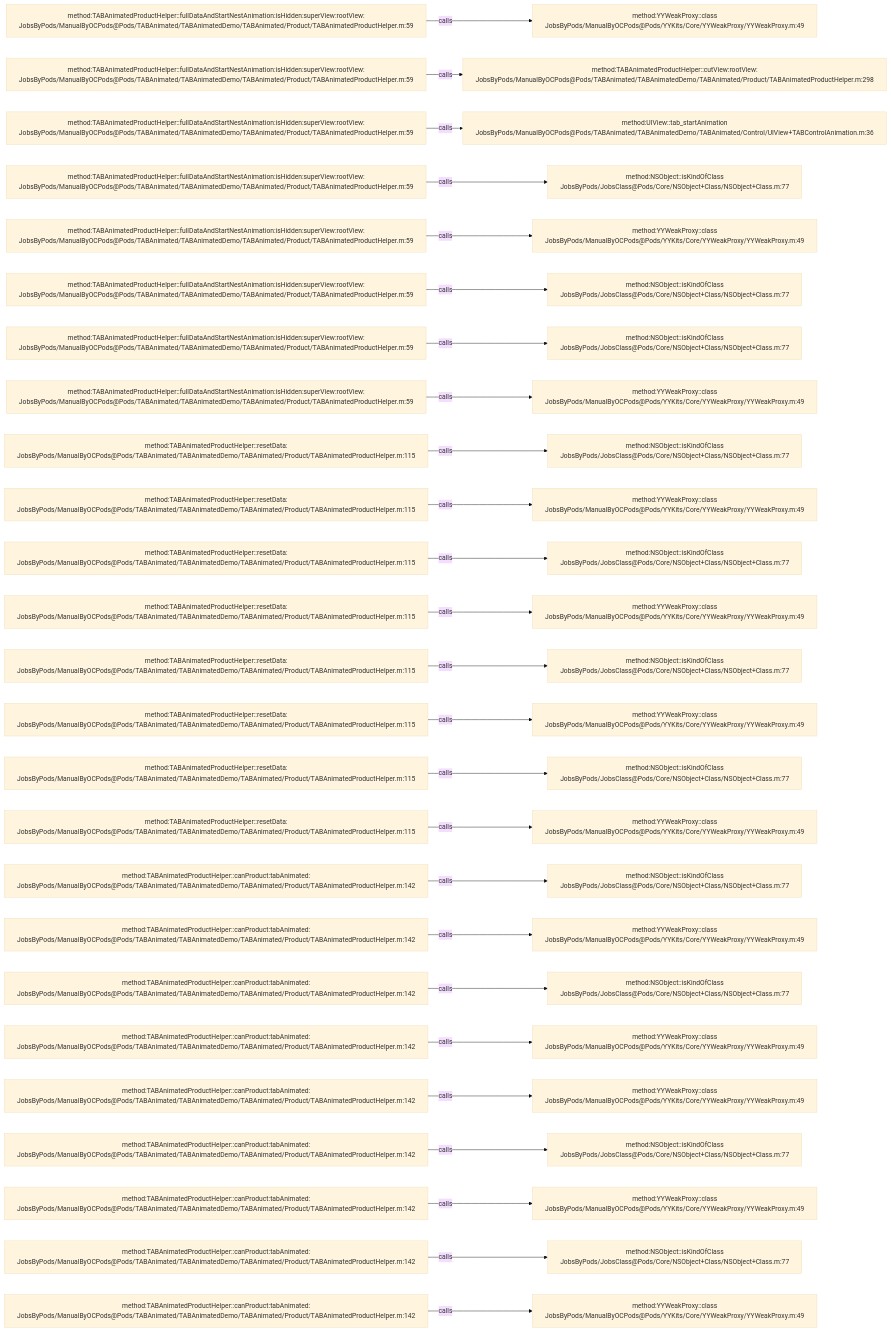
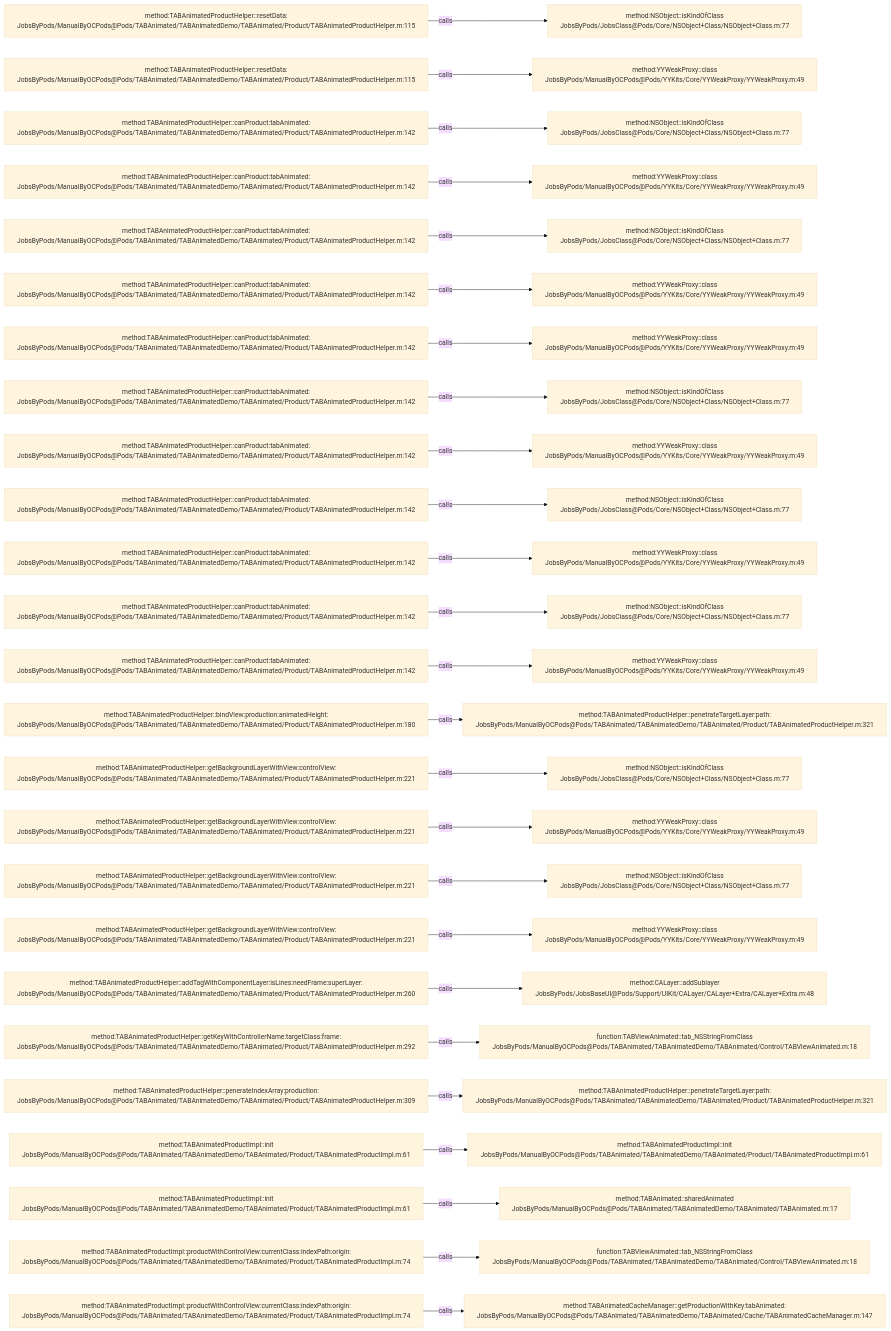
The diagram in .codegraph/codegraph.md/graphs/calls-035.md (JobsKits/JobsOCBaseConfigDemo), drawn with Mermaid (base theme) before and after one commit. The commit also changed 296 other files, not shown here.

````diff
--- a/.codegraph/codegraph.md/graphs/calls-035.md
+++ b/.codegraph/codegraph.md/graphs/calls-035.md
@@ -13,78 +13,78 @@
 ```mermaid
 flowchart LR
-  S1["method:TABAnimatedProductHelper::fullDataAndStartNestAnimation:isHidden:superView:rootView:<br/>JobsByPods/ManualByOCPods@Pods/TABAnimated/TABAnimatedDemo/TABAnimated/Product/TABAnimatedProductHelper.m:59"]
-  T1["method:YYWeakProxy::class<br/>JobsByPods/ManualByOCPods@Pods/YYKits/Core/YYWeakProxy/YYWeakProxy.m:49"]
+  S1["method:TABAnimatedProductHelper::resetData:<br/>JobsByPods/ManualByOCPods@Pods/TABAnimated/TABAnimatedDemo/TABAnimated/Product/TABAnimatedProductHelper.m:115"]
+  T1["method:NSObject::isKindOfClass<br/>JobsByPods/JobsClass@Pods/Core/NSObject+Class/NSObject+Class.m:77"]
   S1 -->|calls| T1
-  S2["method:TABAnimatedProductHelper::fullDataAndStartNestAnimation:isHidden:superView:rootView:<br/>JobsByPods/ManualByOCPods@Pods/TABAnimated/TABAnimatedDemo/TABAnimated/Product/TABAnimatedProductHelper.m:59"]
-  T2["method:TABAnimatedProductHelper::cutView:rootView:<br/>JobsByPods/ManualByOCPods@Pods/TABAnimated/TABAnimatedDemo/TABAnimated/Product/TABAnimatedProductHelper.m:298"]
+  S2["method:TABAnimatedProductHelper::resetData:<br/>JobsByPods/ManualByOCPods@Pods/TABAnimated/TABAnimatedDemo/TABAnimated/Product/TABAnimatedProductHelper.m:115"]
+  T2["method:YYWeakProxy::class<br/>JobsByPods/ManualByOCPods@Pods/YYKits/Core/YYWeakProxy/YYWeakProxy.m:49"]
   S2 -->|calls| T2
-  S3["method:TABAnimatedProductHelper::fullDataAndStartNestAnimation:isHidden:superView:rootView:<br/>JobsByPods/ManualByOCPods@Pods/TABAnimated/TABAnimatedDemo/TABAnimated/Product/TABAnimatedProductHelper.m:59"]
-  T3["method:UIView::tab_startAnimation<br/>JobsByPods/ManualByOCPods@Pods/TABAnimated/TABAnimatedDemo/TABAnimated/Control/UIView+TABControlAnimation.m:36"]
+  S3["method:TABAnimatedProductHelper::canProduct:tabAnimated:<br/>JobsByPods/ManualByOCPods@Pods/TABAnimated/TABAnimatedDemo/TABAnimated/Product/TABAnimatedProductHelper.m:142"]
+  T3["method:NSObject::isKindOfClass<br/>JobsByPods/JobsClass@Pods/Core/NSObject+Class/NSObject+Class.m:77"]
   S3 -->|calls| T3
-  S4["method:TABAnimatedProductHelper::fullDataAndStartNestAnimation:isHidden:superView:rootView:<br/>JobsByPods/ManualByOCPods@Pods/TABAnimated/TABAnimatedDemo/TABAnimated/Product/TABAnimatedProductHelper.m:59"]
-  T4["method:NSObject::isKindOfClass<br/>JobsByPods/JobsClass@Pods/Core/NSObject+Class/NSObject+Class.m:77"]
+  S4["method:TABAnimatedProductHelper::canProduct:tabAnimated:<br/>JobsByPods/ManualByOCPods@Pods/TABAnimated/TABAnimatedDemo/TABAnimated/Product/TABAnimatedProductHelper.m:142"]
+  T4["method:YYWeakProxy::class<br/>JobsByPods/ManualByOCPods@Pods/YYKits/Core/YYWeakProxy/YYWeakProxy.m:49"]
   S4 -->|calls| T4
-  S5["method:TABAnimatedProductHelper::fullDataAndStartNestAnimation:isHidden:superView:rootView:<br/>JobsByPods/ManualByOCPods@Pods/TABAnimated/TABAnimatedDemo/TABAnimated/Product/TABAnimatedProductHelper.m:59"]
-  T5["method:YYWeakProxy::class<br/>JobsByPods/ManualByOCPods@Pods/YYKits/Core/YYWeakProxy/YYWeakProxy.m:49"]
+  S5["method:TABAnimatedProductHelper::canProduct:tabAnimated:<br/>JobsByPods/ManualByOCPods@Pods/TABAnimated/TABAnimatedDemo/TABAnimated/Product/TABAnimatedProductHelper.m:142"]
+  T5["method:NSObject::isKindOfClass<br/>JobsByPods/JobsClass@Pods/Core/NSObject+Class/NSObject+Class.m:77"]
   S5 -->|calls| T5
-  S6["method:TABAnimatedProductHelper::fullDataAndStartNestAnimation:isHidden:superView:rootView:<br/>JobsByPods/ManualByOCPods@Pods/TABAnimated/TABAnimatedDemo/TABAnimated/Product/TABAnimatedProductHelper.m:59"]
-  T6["method:NSObject::isKindOfClass<br/>JobsByPods/JobsClass@Pods/Core/NSObject+Class/NSObject+Class.m:77"]
+  S6["method:TABAnimatedProductHelper::canProduct:tabAnimated:<br/>JobsByPods/ManualByOCPods@Pods/TABAnimated/TABAnimatedDemo/TABAnimated/Product/TABAnimatedProductHelper.m:142"]
+  T6["method:YYWeakProxy::class<br/>JobsByPods/ManualByOCPods@Pods/YYKits/Core/YYWeakProxy/YYWeakProxy.m:49"]
   S6 -->|calls| T6
-  S7["method:TABAnimatedProductHelper::fullDataAndStartNestAnimation:isHidden:superView:rootView:<br/>JobsByPods/ManualByOCPods@Pods/TABAnimated/TABAnimatedDemo/TABAnimated/Product/TABAnimatedProductHelper.m:59"]
-  T7["method:NSObject::isKindOfClass<br/>JobsByPods/JobsClass@Pods/Core/NSObject+Class/NSObject+Class.m:77"]
+  S7["method:TABAnimatedProductHelper::canProduct:tabAnimated:<br/>JobsByPods/ManualByOCPods@Pods/TABAnimated/TABAnimatedDemo/TABAnimated/Product/TABAnimatedProductHelper.m:142"]
+  T7["method:YYWeakProxy::class<br/>JobsByPods/ManualByOCPods@Pods/YYKits/Core/YYWeakProxy/YYWeakProxy.m:49"]
   S7 -->|calls| T7
-  S8["method:TABAnimatedProductHelper::fullDataAndStartNestAnimation:isHidden:superView:rootView:<br/>JobsByPods/ManualByOCPods@Pods/TABAnimated/TABAnimatedDemo/TABAnimated/Product/TABAnimatedProductHelper.m:59"]
-  T8["method:YYWeakProxy::class<br/>JobsByPods/ManualByOCPods@Pods/YYKits/Core/YYWeakProxy/YYWeakProxy.m:49"]
+  S8["method:TABAnimatedProductHelper::canProduct:tabAnimated:<br/>JobsByPods/ManualByOCPods@Pods/TABAnimated/TABAnimatedDemo/TABAnimated/Product/TABAnimatedProductHelper.m:142"]
+  T8["method:NSObject::isKindOfClass<br/>JobsByPods/JobsClass@Pods/Core/NSObject+Class/NSObject+Class.m:77"]
   S8 -->|calls| T8
-  S9["method:TABAnimatedProductHelper::resetData:<br/>JobsByPods/ManualByOCPods@Pods/TABAnimated/TABAnimatedDemo/TABAnimated/Product/TABAnimatedProductHelper.m:115"]
-  T9["method:NSObject::isKindOfClass<br/>JobsByPods/JobsClass@Pods/Core/NSObject+Class/NSObject+Class.m:77"]
+  S9["method:TABAnimatedProductHelper::canProduct:tabAnimated:<br/>JobsByPods/ManualByOCPods@Pods/TABAnimated/TABAnimatedDemo/TABAnimated/Product/TABAnimatedProductHelper.m:142"]
+  T9["method:YYWeakProxy::class<br/>JobsByPods/ManualByOCPods@Pods/YYKits/Core/YYWeakProxy/YYWeakProxy.m:49"]
   S9 -->|calls| T9
-  S10["method:TABAnimatedProductHelper::resetData:<br/>JobsByPods/ManualByOCPods@Pods/TABAnimated/TABAnimatedDemo/TABAnimated/Product/TABAnimatedProductHelper.m:115"]
-  T10["method:YYWeakProxy::class<br/>JobsByPods/ManualByOCPods@Pods/YYKits/Core/YYWeakProxy/YYWeakProxy.m:49"]
+  S10["method:TABAnimatedProductHelper::canProduct:tabAnimated:<br/>JobsByPods/ManualByOCPods@Pods/TABAnimated/TABAnimatedDemo/TABAnimated/Product/TABAnimatedProductHelper.m:142"]
+  T10["method:NSObject::isKindOfClass<br/>JobsByPods/JobsClass@Pods/Core/NSObject+Class/NSObject+Class.m:77"]
   S10 -->|calls| T10
-  S11["method:TABAnimatedProductHelper::resetData:<br/>JobsByPods/ManualByOCPods@Pods/TABAnimated/TABAnimatedDemo/TABAnimated/Product/TABAnimatedProductHelper.m:115"]
-  T11["method:NSObject::isKindOfClass<br/>JobsByPods/JobsClass@Pods/Core/NSObject+Class/NSObject+Class.m:77"]
+  S11["method:TABAnimatedProductHelper::canProduct:tabAnimated:<br/>JobsByPods/ManualByOCPods@Pods/TABAnimated/TABAnimatedDemo/TABAnimated/Product/TABAnimatedProductHelper.m:142"]
+  T11["method:YYWeakProxy::class<br/>JobsByPods/ManualByOCPods@Pods/YYKits/Core/YYWeakProxy/YYWeakProxy.m:49"]
   S11 -->|calls| T11
-  S12["method:TABAnimatedProductHelper::resetData:<br/>JobsByPods/ManualByOCPods@Pods/TABAnimated/TABAnimatedDemo/TABAnimated/Product/TABAnimatedProductHelper.m:115"]
-  T12["method:YYWeakProxy::class<br/>JobsByPods/ManualByOCPods@Pods/YYKits/Core/YYWeakProxy/YYWeakProxy.m:49"]
+  S12["method:TABAnimatedProductHelper::canProduct:tabAnimated:<br/>JobsByPods/ManualByOCPods@Pods/TABAnimated/TABAnimatedDemo/TABAnimated/Product/TABAnimatedProductHelper.m:142"]
+  T12["method:NSObject::isKindOfClass<br/>JobsByPods/JobsClass@Pods/Core/NSObject+Class/NSObject+Class.m:77"]
   S12 -->|calls| T12
-  S13["method:TABAnimatedProductHelper::resetData:<br/>JobsByPods/ManualByOCPods@Pods/TABAnimated/TABAnimatedDemo/TABAnimated/Product/TABAnimatedProductHelper.m:115"]
-  T13["method:NSObject::isKindOfClass<br/>JobsByPods/JobsClass@Pods/Core/NSObject+Class/NSObject+Class.m:77"]
+  S13["method:TABAnimatedProductHelper::canProduct:tabAnimated:<br/>JobsByPods/ManualByOCPods@Pods/TABAnimated/TABAnimatedDemo/TABAnimated/Product/TABAnimatedProductHelper.m:142"]
+  T13["method:YYWeakProxy::class<br/>JobsByPods/ManualByOCPods@Pods/YYKits/Core/YYWeakProxy/YYWeakProxy.m:49"]
   S13 -->|calls| T13
-  S14["method:TABAnimatedProductHelper::resetData:<br/>JobsByPods/ManualByOCPods@Pods/TABAnimated/TABAnimatedDemo/TABAnimated/Product/TABAnimatedProductHelper.m:115"]
-  T14["method:YYWeakProxy::class<br/>JobsByPods/ManualByOCPods@Pods/YYKits/Core/YYWeakProxy/YYWeakProxy.m:49"]
+  S14["method:TABAnimatedProductHelper::bindView:production:animatedHeight:<br/>JobsByPods/ManualByOCPods@Pods/TABAnimated/TABAnimatedDemo/TABAnimated/Product/TABAnimatedProductHelper.m:180"]
+  T14["method:TABAnimatedProductHelper::penetrateTargetLayer:path:<br/>JobsByPods/ManualByOCPods@Pods/TABAnimated/TABAnimatedDemo/TABAnimated/Product/TABAnimatedProductHelper.m:321"]
   S14 -->|calls| T14
-  S15["method:TABAnimatedProductHelper::resetData:<br/>JobsByPods/ManualByOCPods@Pods/TABAnimated/TABAnimatedDemo/TABAnimated/Product/TABAnimatedProductHelper.m:115"]
+  S15["method:TABAnimatedProductHelper::getBackgroundLayerWithView:controlView:<br/>JobsByPods/ManualByOCPods@Pods/TABAnimated/TABAnimatedDemo/TABAnimated/Product/TABAnimatedProductHelper.m:221"]
   T15["method:NSObject::isKindOfClass<br/>JobsByPods/JobsClass@Pods/Core/NSObject+Class/NSObject+Class.m:77"]
   S15 -->|calls| T15
-  S16["method:TABAnimatedProductHelper::resetData:<br/>JobsByPods/ManualByOCPods@Pods/TABAnimated/TABAnimatedDemo/TABAnimated/Product/TABAnimatedProductHelper.m:115"]
+  S16["method:TABAnimatedProductHelper::getBackgroundLayerWithView:controlView:<br/>JobsByPods/ManualByOCPods@Pods/TABAnimated/TABAnimatedDemo/TABAnimated/Product/TABAnimatedProductHelper.m:221"]
   T16["method:YYWeakProxy::class<br/>JobsByPods/ManualByOCPods@Pods/YYKits/Core/YYWeakProxy/YYWeakProxy.m:49"]
   S16 -->|calls| T16
-  S17["method:TABAnimatedProductHelper::canProduct:tabAnimated:<br/>JobsByPods/ManualByOCPods@Pods/TABAnimated/TABAnimatedDemo/TABAnimated/Product/TABAnimatedProductHelper.m:142"]
+  S17["method:TABAnimatedProductHelper::getBackgroundLayerWithView:controlView:<br/>JobsByPods/ManualByOCPods@Pods/TABAnimated/TABAnimatedDemo/TABAnimated/Product/TABAnimatedProductHelper.m:221"]
   T17["method:NSObject::isKindOfClass<br/>JobsByPods/JobsClass@Pods/Core/NSObject+Class/NSObject+Class.m:77"]
   S17 -->|calls| T17
-  S18["method:TABAnimatedProductHelper::canProduct:tabAnimated:<br/>JobsByPods/ManualByOCPods@Pods/TABAnimated/TABAnimatedDemo/TABAnimated/Product/TABAnimatedProductHelper.m:142"]
+  S18["method:TABAnimatedProductHelper::getBackgroundLayerWithView:controlView:<br/>JobsByPods/ManualByOCPods@Pods/TABAnimated/TABAnimatedDemo/TABAnimated/Product/TABAnimatedProductHelper.m:221"]
   T18["method:YYWeakProxy::class<br/>JobsByPods/ManualByOCPods@Pods/YYKits/Core/YYWeakProxy/YYWeakProxy.m:49"]
   S18 -->|calls| T18
-  S19["method:TABAnimatedProductHelper::canProduct:tabAnimated:<br/>JobsByPods/ManualByOCPods@Pods/TABAnimated/TABAnimatedDemo/TABAnimated/Product/TABAnimatedProductHelper.m:142"]
-  T19["method:NSObject::isKindOfClass<br/>JobsByPods/JobsClass@Pods/Core/NSObject+Class/NSObject+Class.m:77"]
+  S19["method:TABAnimatedProductHelper::addTagWithComponentLayer:isLines:needFrame:superLayer:<br/>JobsByPods/ManualByOCPods@Pods/TABAnimated/TABAnimatedDemo/TABAnimated/Product/TABAnimatedProductHelper.m:260"]
+  T19["method:CALayer::addSublayer<br/>JobsByPods/JobsBaseUI@Pods/Support/UIKit/CALayer/CALayer+Extra/CALayer+Extra.m:48"]
   S19 -->|calls| T19
-  S20["method:TABAnimatedProductHelper::canProduct:tabAnimated:<br/>JobsByPods/ManualByOCPods@Pods/TABAnimated/TABAnimatedDemo/TABAnimated/Product/TABAnimatedProductHelper.m:142"]
-  T20["method:YYWeakProxy::class<br/>JobsByPods/ManualByOCPods@Pods/YYKits/Core/YYWeakProxy/YYWeakProxy.m:49"]
+  S20["method:TABAnimatedProductHelper::getKeyWithControllerName:targetClass:frame:<br/>JobsByPods/ManualByOCPods@Pods/TABAnimated/TABAnimatedDemo/TABAnimated/Product/TABAnimatedProductHelper.m:292"]
+  T20["function:TABViewAnimated::tab_NSStringFromClass<br/>JobsByPods/ManualByOCPods@Pods/TABAnimated/TABAnimatedDemo/TABAnimated/Control/TABViewAnimated.m:18"]
   S20 -->|calls| T20
-  S21["method:TABAnimatedProductHelper::canProduct:tabAnimated:<br/>JobsByPods/ManualByOCPods@Pods/TABAnimated/TABAnimatedDemo/TABAnimated/Product/TABAnimatedProductHelper.m:142"]
-  T21["method:YYWeakProxy::class<br/>JobsByPods/ManualByOCPods@Pods/YYKits/Core/YYWeakProxy/YYWeakProxy.m:49"]
+  S21["method:TABAnimatedProductHelper::penerateIndexArray:production:<br/>JobsByPods/ManualByOCPods@Pods/TABAnimated/TABAnimatedDemo/TABAnimated/Product/TABAnimatedProductHelper.m:309"]
+  T21["method:TABAnimatedProductHelper::penetrateTargetLayer:path:<br/>JobsByPods/ManualByOCPods@Pods/TABAnimated/TABAnimatedDemo/TABAnimated/Product/TABAnimatedProductHelper.m:321"]
   S21 -->|calls| T21
-  S22["method:TABAnimatedProductHelper::canProduct:tabAnimated:<br/>JobsByPods/ManualByOCPods@Pods/TABAnimated/TABAnimatedDemo/TABAnimated/Product/TABAnimatedProductHelper.m:142"]
-  T22["method:NSObject::isKindOfClass<br/>JobsByPods/JobsClass@Pods/Core/NSObject+Class/NSObject+Class.m:77"]
+  S22["method:TABAnimatedProductImpl::init<br/>JobsByPods/ManualByOCPods@Pods/TABAnimated/TABAnimatedDemo/TABAnimated/Product/TABAnimatedProductImpl.m:61"]
+  T22["method:TABAnimatedProductImpl::init<br/>JobsByPods/ManualByOCPods@Pods/TABAnimated/TABAnimatedDemo/TABAnimated/Product/TABAnimatedProductImpl.m:61"]
   S22 -->|calls| T22
-  S23["method:TABAnimatedProductHelper::canProduct:tabAnimated:<br/>JobsByPods/ManualByOCPods@Pods/TABAnimated/TABAnimatedDemo/TABAnimated/Product/TABAnimatedProductHelper.m:142"]
-  T23["method:YYWeakProxy::class<br/>JobsByPods/ManualByOCPods@Pods/YYKits/Core/YYWeakProxy/YYWeakProxy.m:49"]
+  S23["method:TABAnimatedProductImpl::init<br/>JobsByPods/ManualByOCPods@Pods/TABAnimated/TABAnimatedDemo/TABAnimated/Product/TABAnimatedProductImpl.m:61"]
+  T23["method:TABAnimated::sharedAnimated<br/>JobsByPods/ManualByOCPods@Pods/TABAnimated/TABAnimatedDemo/TABAnimated/TABAnimated.m:17"]
   S23 -->|calls| T23
-  S24["method:TABAnimatedProductHelper::canProduct:tabAnimated:<br/>JobsByPods/ManualByOCPods@Pods/TABAnimated/TABAnimatedDemo/TABAnimated/Product/TABAnimatedProductHelper.m:142"]
-  T24["method:NSObject::isKindOfClass<br/>JobsByPods/JobsClass@Pods/Core/NSObject+Class/NSObject+Class.m:77"]
+  S24["method:TABAnimatedProductImpl::productWithControlView:currentClass:indexPath:origin:<br/>JobsByPods/ManualByOCPods@Pods/TABAnimated/TABAnimatedDemo/TABAnimated/Product/TABAnimatedProductImpl.m:74"]
+  T24["function:TABViewAnimated::tab_NSStringFromClass<br/>JobsByPods/ManualByOCPods@Pods/TABAnimated/TABAnimatedDemo/TABAnimated/Control/TABViewAnimated.m:18"]
   S24 -->|calls| T24
-  S25["method:TABAnimatedProductHelper::canProduct:tabAnimated:<br/>JobsByPods/ManualByOCPods@Pods/TABAnimated/TABAnimatedDemo/TABAnimated/Product/TABAnimatedProductHelper.m:142"]
-  T25["method:YYWeakProxy::class<br/>JobsByPods/ManualByOCPods@Pods/YYKits/Core/YYWeakProxy/YYWeakProxy.m:49"]
+  S25["method:TABAnimatedProductImpl::productWithControlView:currentClass:indexPath:origin:<br/>JobsByPods/ManualByOCPods@Pods/TABAnimated/TABAnimatedDemo/TABAnimated/Product/TABAnimatedProductImpl.m:74"]
+  T25["method:TABAnimatedCacheManager::getProductionWithKey:tabAnimated:<br/>JobsByPods/ManualByOCPods@Pods/TABAnimated/TABAnimatedDemo/TABAnimated/Cache/TABAnimatedCacheManager.m:147"]
   S25 -->|calls| T25
 ```
````
